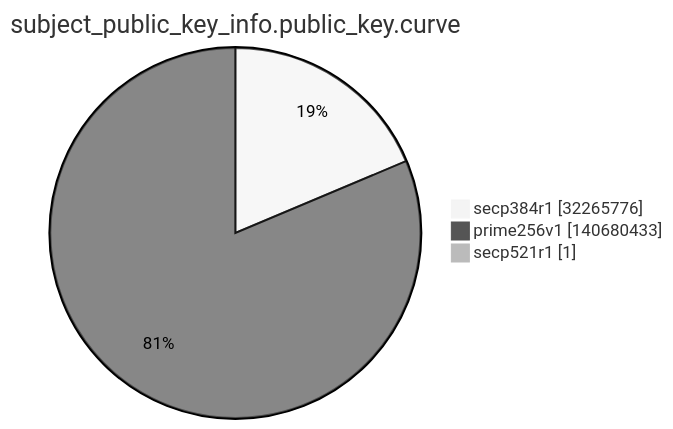
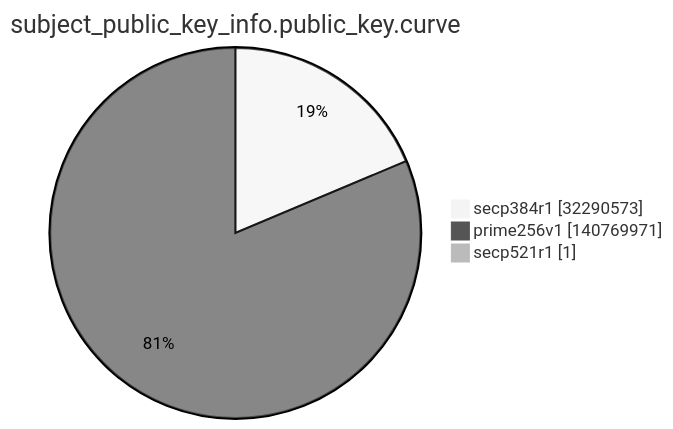
One commit to christiankrug/ctmonitor_visualization changed the ninth of 15 diagrams in argon2022/README.md. Above: the diagram before and after it, drawn with Mermaid (neutral theme). The commit also changed other lines of this file, not shown here.

````diff
--- a/argon2022/README.md
+++ b/argon2022/README.md
@@ -2762,7 +2762,7 @@
 ```mermaid
 pie showData
 title subject_public_key_info.public_key.curve
-"secp384r1" :32265776
-"prime256v1" :140680433
+"secp384r1" :32290573
+"prime256v1" :140769971
 "secp521r1" :1
 ```
````
